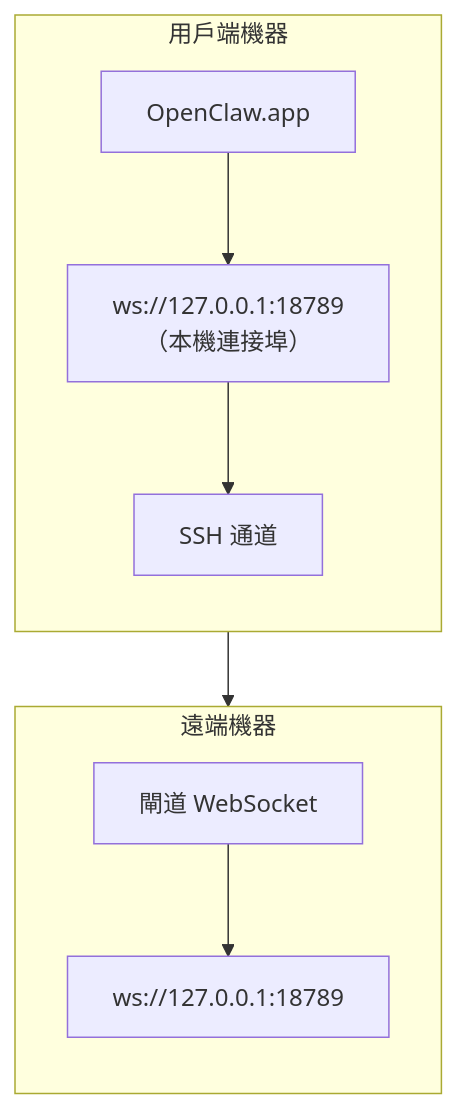
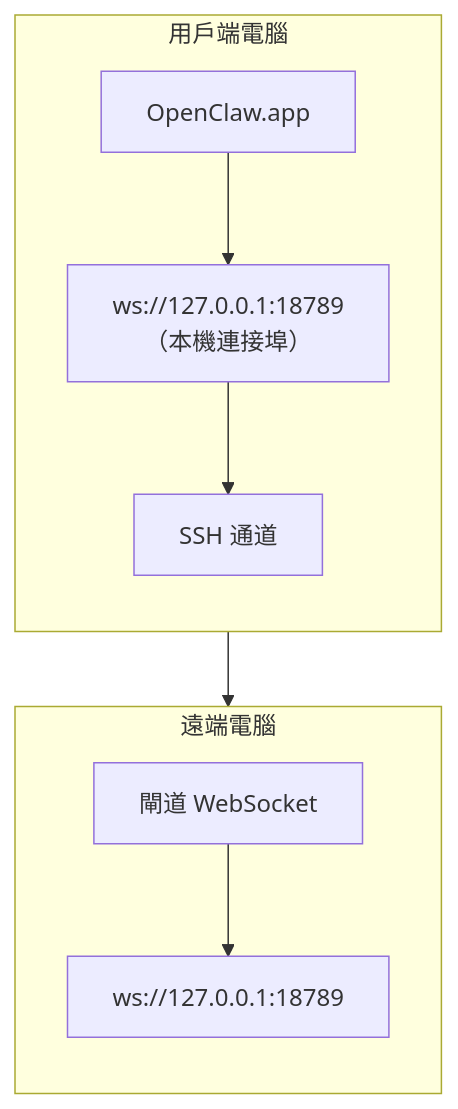
Before and after one commit to is0383kk/ai-docs-sync-workflow: the diagram in openclaw-docs/zh-TW/gateway/remote-gateway-readme.md, drawn with Mermaid. The commit also changed other lines of this file and 11096 other files, not shown here.

````diff
--- a/openclaw-docs/zh-TW/gateway/remote-gateway-readme.md
+++ b/openclaw-docs/zh-TW/gateway/remote-gateway-readme.md
@@ -23,20 +24,20 @@
 ```mermaid
 flowchart TB
-    subgraph Client["用戶端機器"]
+    subgraph Client["用戶端電腦"]
         direction TB
         A["OpenClaw.app"]
         B["ws://127.0.0.1:18789\n（本機連接埠）"]
         T["SSH 通道"]
 
         A --> B
         B --> T
     end
-    subgraph Remote["遠端機器"]
+    subgraph Remote["遠端電腦"]
         direction TB
         C["閘道 WebSocket"]
         D["ws://127.0.0.1:18789"]
 
         C --> D
     end
     T --> C
 ```
````
